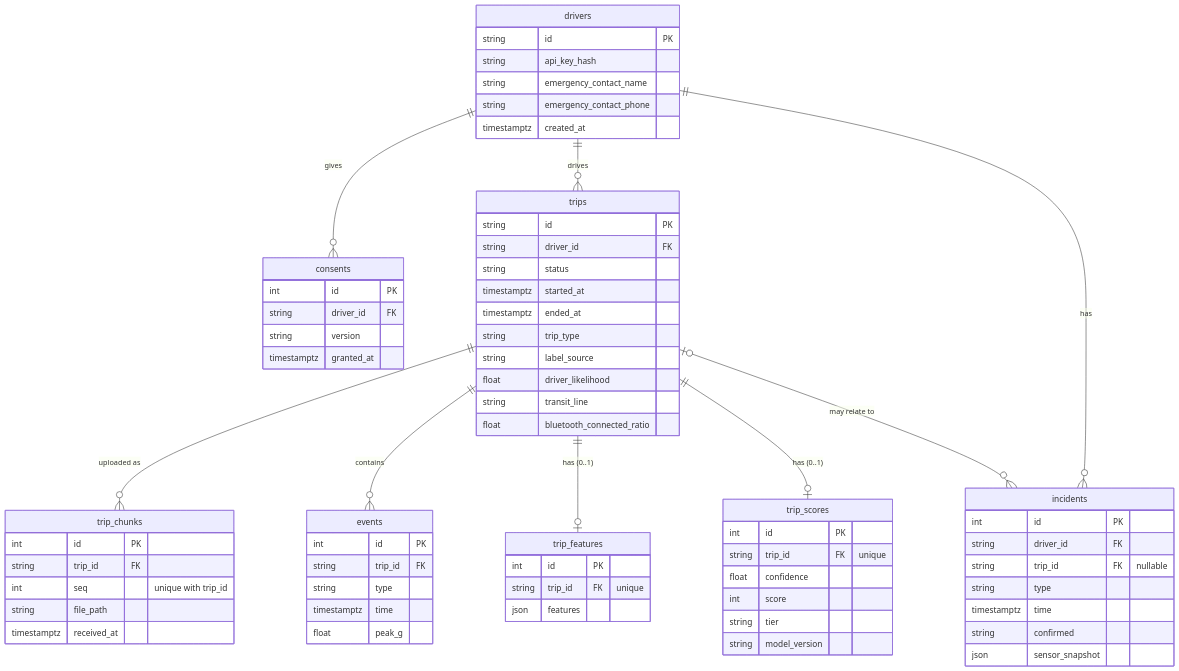
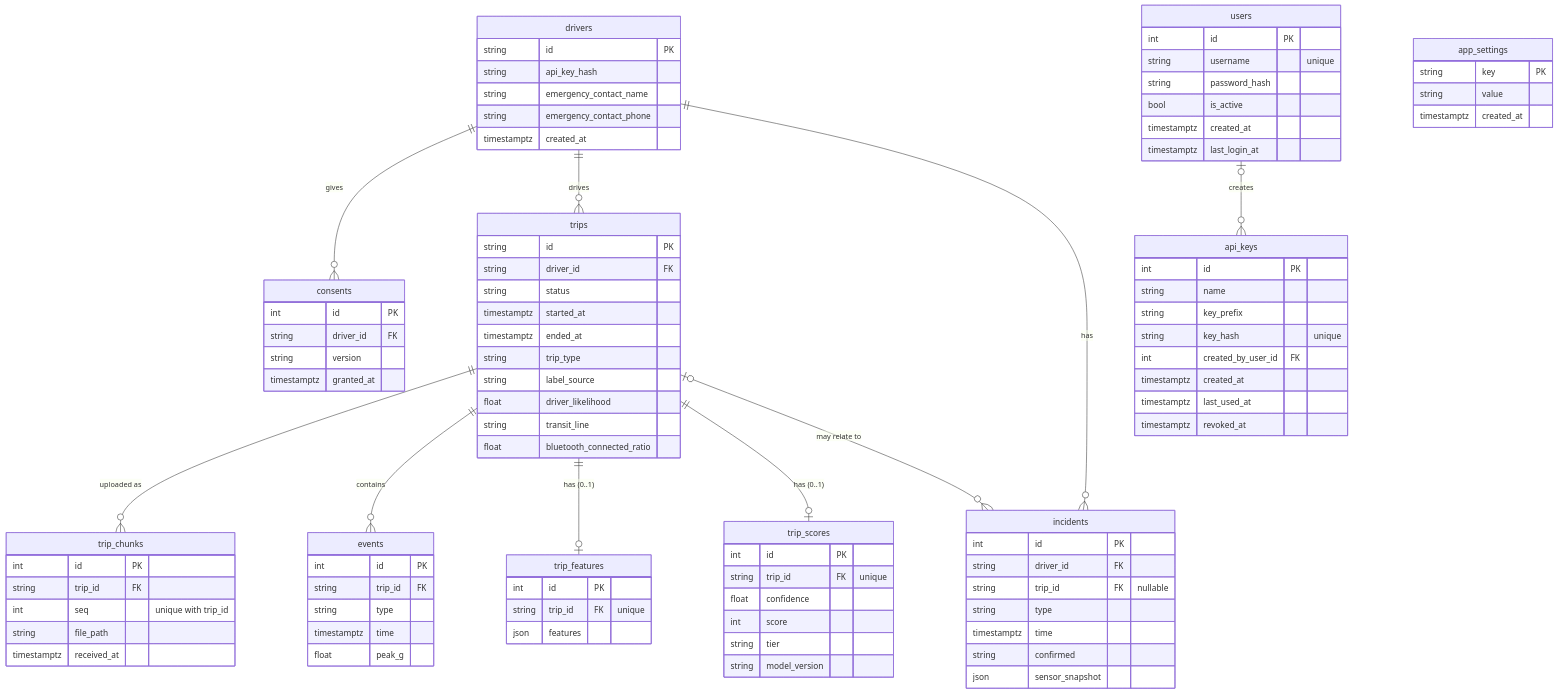
Before and after one commit to br1ks3nGit/hackie_hackie: the diagram in docs/data-model.md, drawn with Mermaid. The commit also changed other lines of this file and 33 other files, not shown here.

First line of the commit message:
feat: store dashboard users, insurer API keys and API key salt in Postgres

```diff
--- a/docs/data-model.md
+++ b/docs/data-model.md
@@ -14,6 +14,31 @@
     trips ||--o| trip_features : "has (0..1)"
     trips ||--o| trip_scores : "has (0..1)"
     trips |o--o{ incidents : "may relate to"
+    users |o--o{ api_keys : "creates"
+
+    users {
+        int id PK
+        string username "unique"
+        string password_hash
+        bool is_active
+        timestamptz created_at
+        timestamptz last_login_at
+    }
+    api_keys {
+        int id PK
+        string name
+        string key_prefix
+        string key_hash "unique"
+        int created_by_user_id FK
+        timestamptz created_at
+        timestamptz last_used_at
+        timestamptz revoked_at
+    }
+    app_settings {
+        string key PK
+        string value
+        timestamptz created_at
+    }
 
     drivers {
         string id PK
```
